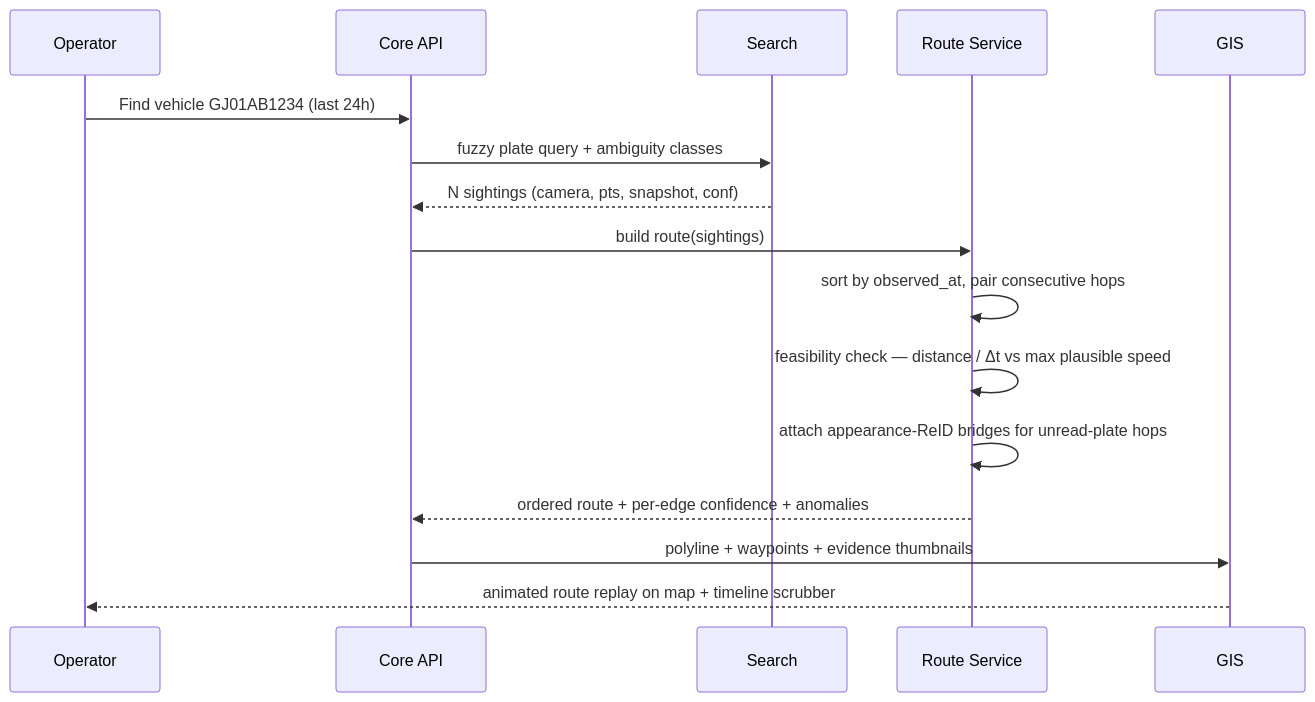
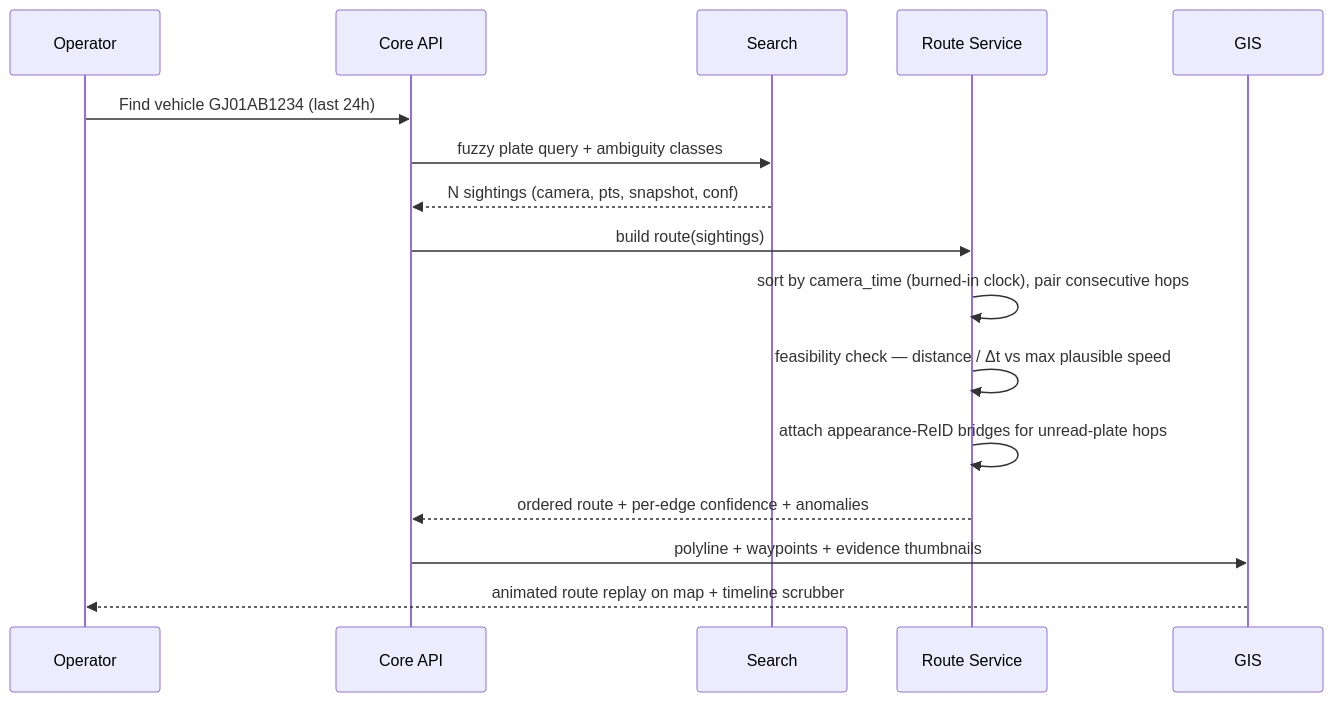
Before and after one commit to parthpatel643/sentinel-hackathon: the second of 4 diagrams in docs/01-ARCHITECTURE.md, drawn with Mermaid. The commit also changed other lines of this file and 44 other files, not shown here.

First line of the commit message:
Report every sighting by the camera's own burned-in clock

````diff
--- a/docs/01-ARCHITECTURE.md
+++ b/docs/01-ARCHITECTURE.md
@@ -287,18 +292,18 @@
 ```mermaid
 sequenceDiagram
     participant O as Operator
     participant API as Core API
     participant S as Search
     participant R as Route Service
     participant G as GIS
     O->>API: Find vehicle GJ01AB1234 (last 24h)
     API->>S: fuzzy plate query + ambiguity classes
     S-->>API: N sightings (camera, pts, snapshot, conf)
     API->>R: build route(sightings)
-    R->>R: sort by observed_at, pair consecutive hops
+    R->>R: sort by camera_time (burned-in clock), pair consecutive hops
     R->>R: feasibility check — distance / Δt vs max plausible speed
     R->>R: attach appearance-ReID bridges for unread-plate hops
     R-->>API: ordered route + per-edge confidence + anomalies
     API->>G: polyline + waypoints + evidence thumbnails
     G-->>O: animated route replay on map + timeline scrubber
 ```
````
